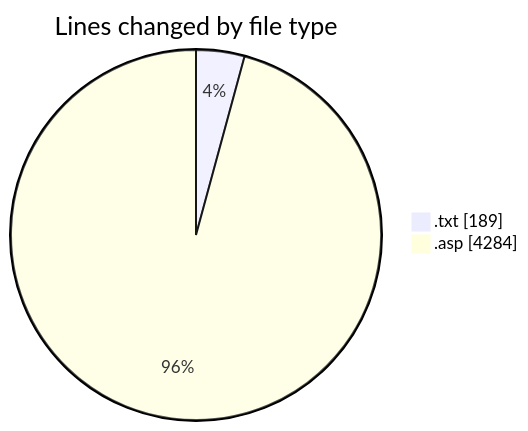
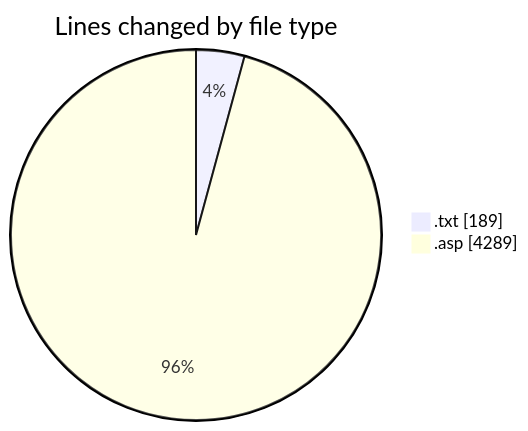
One commit to julien-gomy/code-tracking changed the first of 2 diagrams in 2025-11-07/cdp_aleoudev_fr__workspace_/README.md. Above: the diagram before and after it, drawn with Mermaid. The commit also changed other lines of this file and 1 other file, not shown here.

````diff
--- a/2025-11-07/cdp_aleoudev_fr__workspace_/README.md
+++ b/2025-11-07/cdp_aleoudev_fr__workspace_/README.md
@@ -26,6 +26,6 @@
 ```mermaid
 pie showData
 title Lines changed by file type
 ".txt" : 189
-".asp" : 4284
+".asp" : 4289
 ```
````
